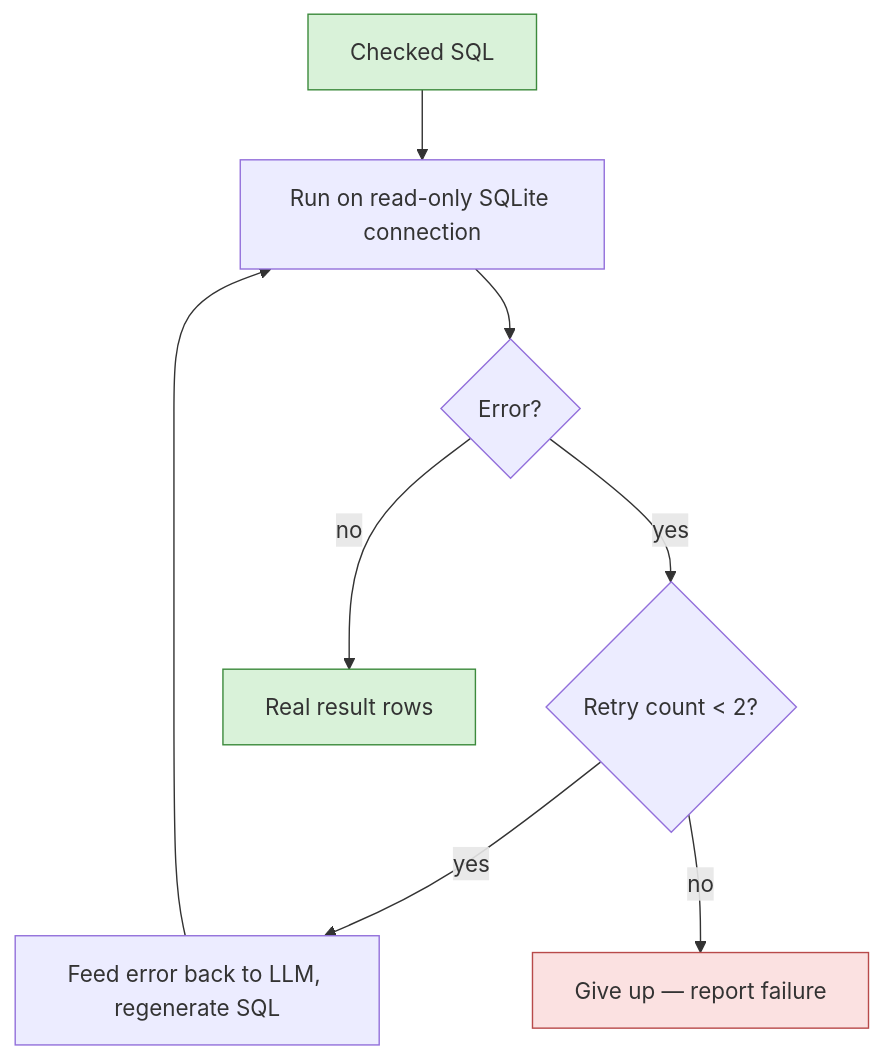
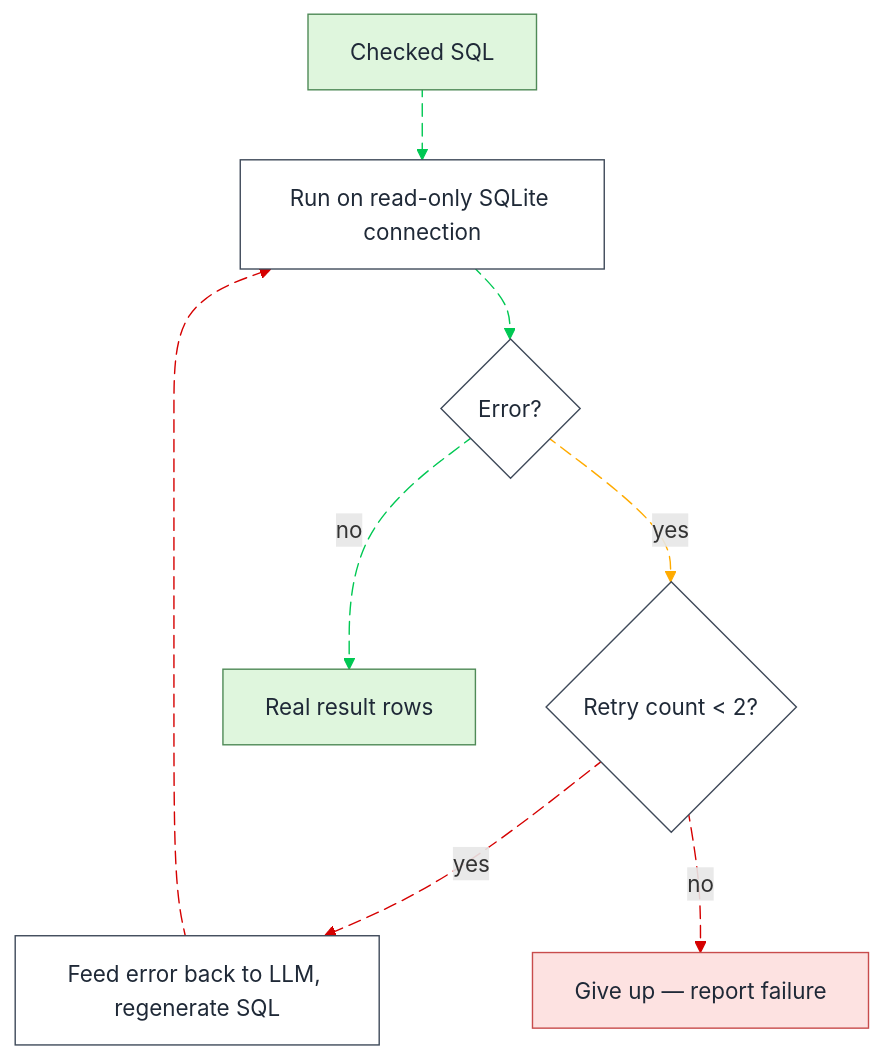
Before and after one commit to Yuvrajtakk/logistics_chatbot: the seventh of 10 diagrams in Flowcharts_Mermaid_Source.md, drawn with Mermaid. The commit also changed other lines of this file and 2 other files, not shown here.

````diff
--- a/Flowcharts_Mermaid_Source.md
+++ b/Flowcharts_Mermaid_Source.md
@@ -122,20 +219,38 @@
 ```mermaid
 flowchart TD
     In["Checked SQL"]:::good
     Run["Run on read-only SQLite connection"]
     D{"Error?"}
     Retry{"Retry count < 2?"}
     Feed["Feed error back to LLM, regenerate SQL"]
     Give["Give up — report failure"]:::bad
     Rows["Real result rows"]:::good
 
-    In --> Run --> D
-    D -->|no| Rows
-    D -->|yes| Retry
-    Retry -->|yes| Feed
-    Retry -->|no| Give
-    Feed --> Run
+    In L_In_Run_0@--> Run
+    Run L_Run_D_0@--> D
+    D L_D_Rows_0@-->|no| Rows
+    D L_D_Retry_0@-->|yes| Retry
+    Retry L_Retry_Feed_0@-->|yes| Feed
+    Retry L_Retry_Give_0@-->|no| Give
+    Feed L_Feed_Run_0@--> Run
 
-    classDef good fill:#D9F2D9,stroke:#3C8A3C
-    classDef bad fill:#FBE1E1,stroke:#B84A4A
+    classDef default fill:#FFFFFF,stroke:#3F4A5A,color:#1F2937
+    classDef good fill:#DFF6DD,stroke:#4F8A57,color:#1F2937
+    classDef bad fill:#FDE2E1,stroke:#C84C4C,color:#1F2937
+
+    linkStyle 0 stroke:#00C853,fill:none
+    linkStyle 1 stroke:#00C853,fill:none
+    linkStyle 2 stroke:#00C853,fill:none
+    linkStyle 3 stroke:#FFAB00,fill:none
+    linkStyle 4 stroke:#D50000,fill:none
+    linkStyle 5 stroke:#D50000,fill:none
+    linkStyle 6 stroke:#D50000,fill:none
+
+    L_In_Run_0@{ animation: slow }
+    L_Run_D_0@{ animation: slow }
+    L_D_Rows_0@{ animation: slow }
+    L_D_Retry_0@{ animation: slow }
+    L_Retry_Feed_0@{ animation: slow }
+    L_Retry_Give_0@{ animation: slow }
+    L_Feed_Run_0@{ animation: slow }
 ```
````
